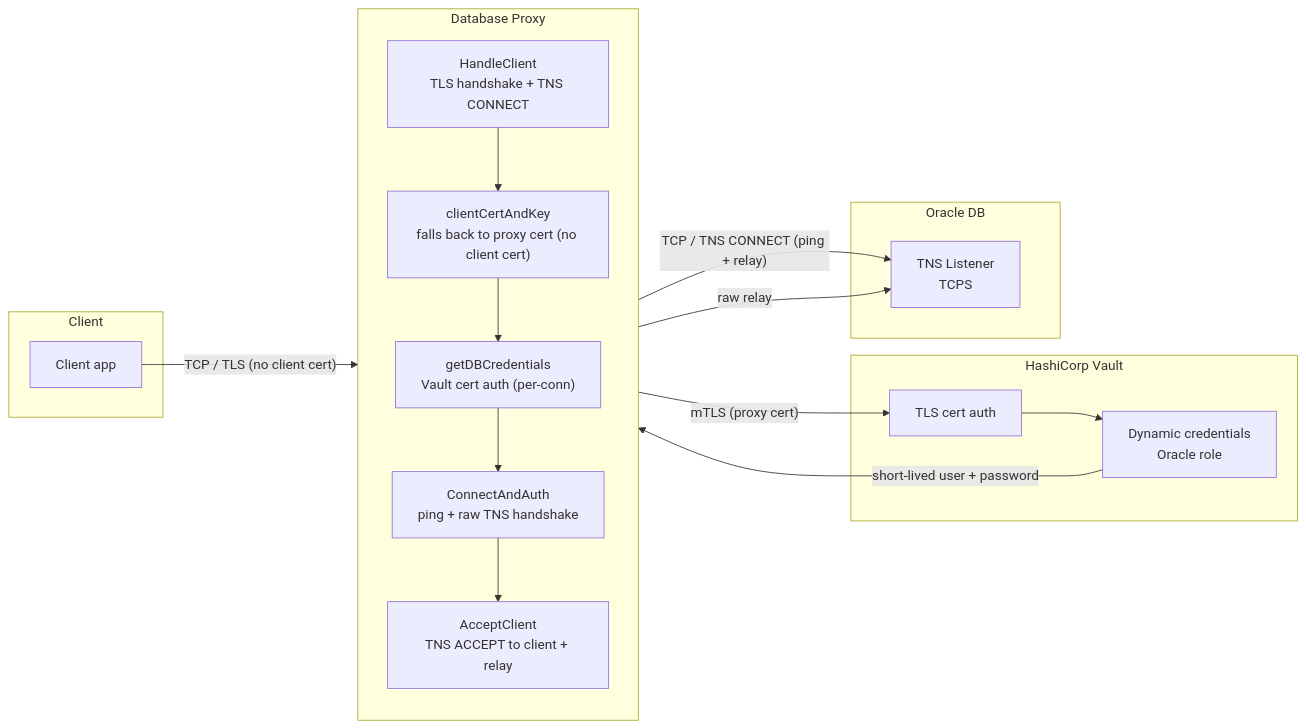
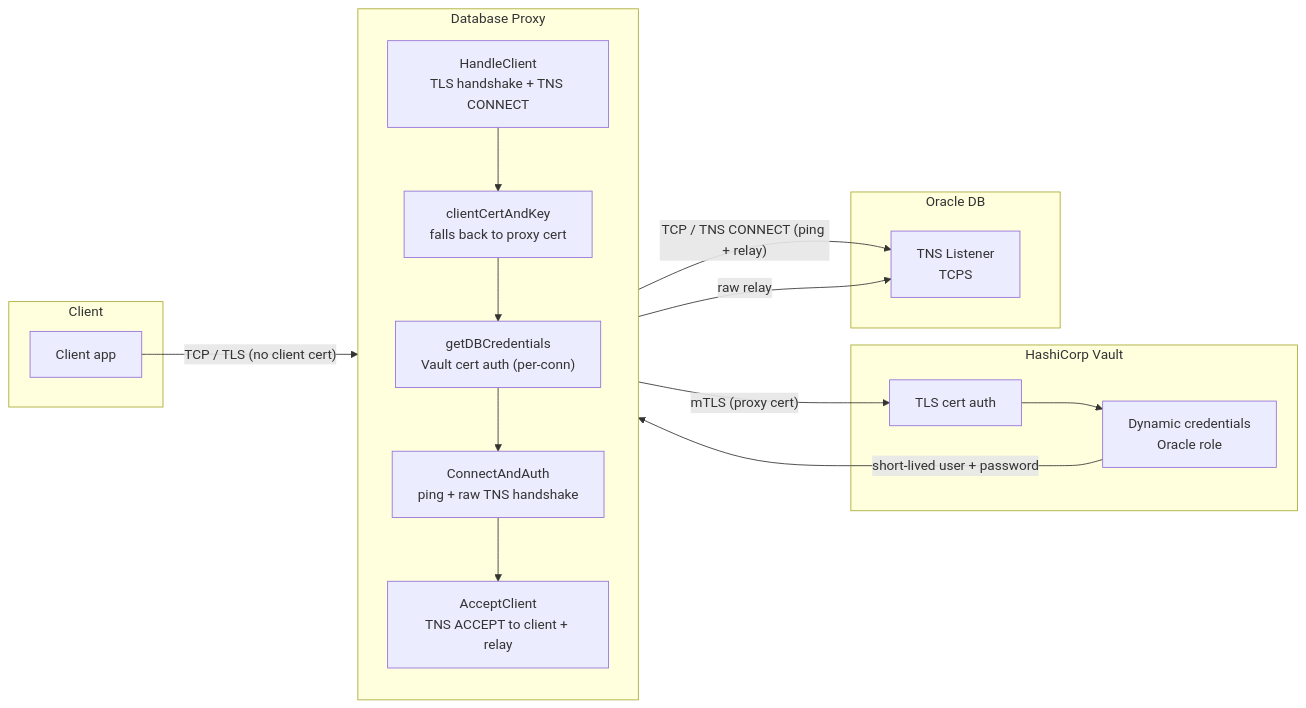
The first of 2 diagrams in docs/oracle-proxy-overview.md (matmazurk/database-proxy), drawn with Mermaid before and after one commit. The commit also changed other lines of this file, not shown here.

Commit message:
improve diagram

````diff
--- a/docs/oracle-proxy-overview.md
+++ b/docs/oracle-proxy-overview.md
@@ -7,32 +7,32 @@
 ```mermaid
 flowchart LR
     subgraph Client
         C["Client app"]
     end
 
     subgraph Proxy["Database Proxy"]
         direction TB
         P1["HandleClient<br/>TLS handshake + TNS CONNECT"]
-        P2["clientCertAndKey<br/>falls back to proxy cert (no client cert)"]
+        P2["clientCertAndKey<br/>falls back to proxy cert"]
         P3["getDBCredentials<br/>Vault cert auth (per-conn)"]
         P4["ConnectAndAuth<br/>ping + raw TNS handshake"]
         P5["AcceptClient<br/>TNS ACCEPT to client + relay"]
         P1 --> P2 --> P3 --> P4 --> P5
     end
 
     subgraph Vault["HashiCorp Vault"]
         V1[TLS cert auth]
         V2["Dynamic credentials<br/>Oracle role"]
         V1 --> V2
     end
 
     subgraph Oracle["Oracle DB"]
         O1["TNS Listener<br/>TCPS"]
     end
 
     C -- "TCP / TLS (no client cert)" --> P1
     P3 -- "mTLS (proxy cert)" --> V1
     V2 -- "short-lived user + password" --> P4
     P4 -- "TCP / TNS CONNECT (ping + relay)" --> O1
     P5 -- "raw relay" --> O1
 ```
````
